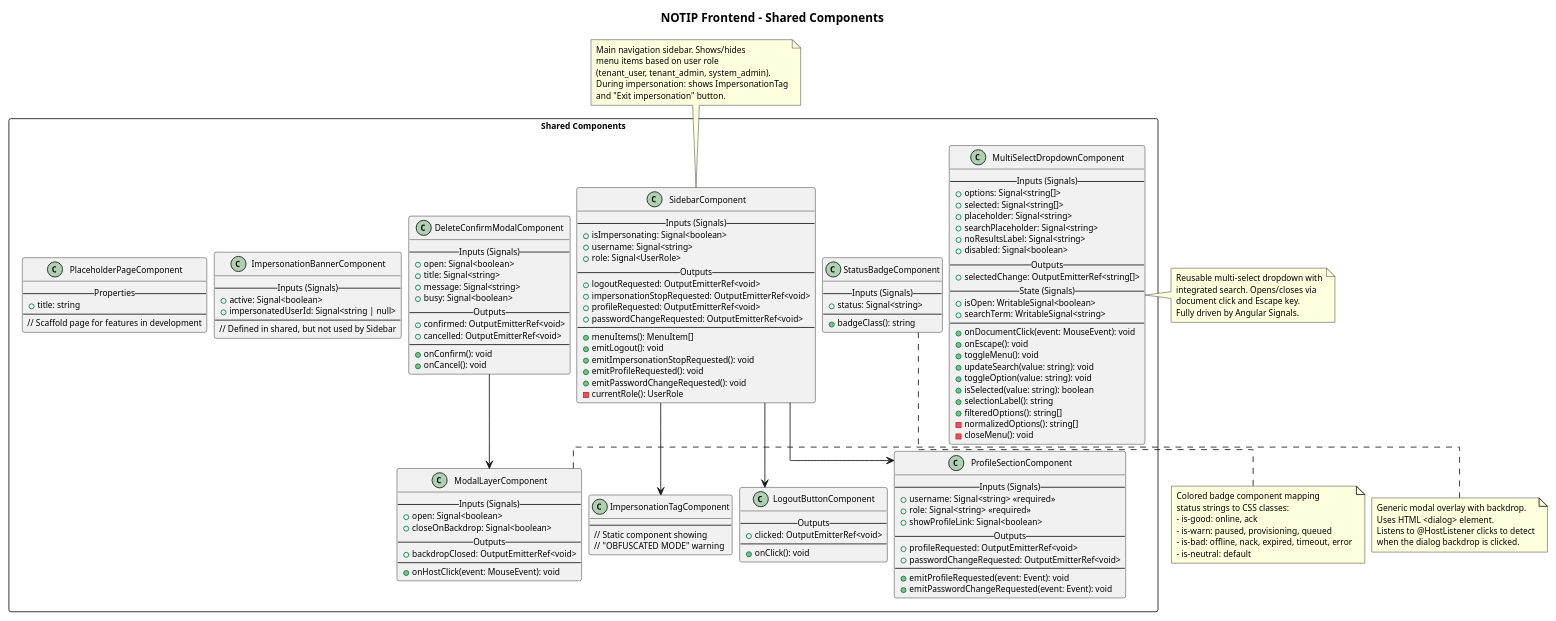
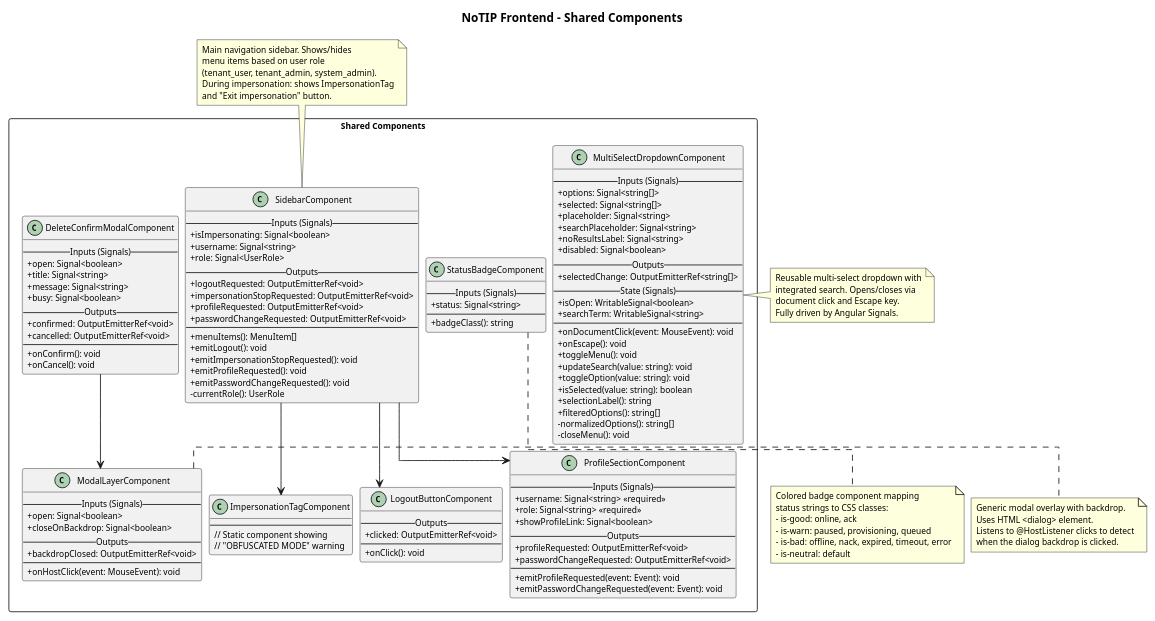
One commit to NoTIPswe/RepoDocumentale changed the diagram in docs/13-pb/docest/specifica_tecnica_frontend/assets/10-shared-components.puml. Above: the diagram before and after it, drawn with PlantUML. The commit also changed 20 other files, not shown here.

```diff
--- a/docs/13-pb/docest/specifica_tecnica_frontend/assets/10-shared-components.puml
+++ b/docs/13-pb/docest/specifica_tecnica_frontend/assets/10-shared-components.puml
@@ -1,169 +1,155 @@
 @startuml
-title NOTIP Frontend - Shared Components
+title NoTIP Frontend - Shared Components
 
 skinparam backgroundColor #FFFFFF
 skinparam defaultFontSize 10
 skinparam defaultFontColor #000000
 skinparam nodesep 8
 skinparam ranksep 8
 skinparam linetype ortho
+skinparam classAttributeIconSize 0
 
 package "Shared Components" <<Rectangle>> {
   
   class "SidebarComponent" as Sidebar {
     -- Inputs (Signals) --
     +isImpersonating: Signal<boolean>
     +username: Signal<string>
     +role: Signal<UserRole>
     -- Outputs --
     +logoutRequested: OutputEmitterRef<void>
     +impersonationStopRequested: OutputEmitterRef<void>
     +profileRequested: OutputEmitterRef<void>
     +passwordChangeRequested: OutputEmitterRef<void>
     --
     +menuItems(): MenuItem[]
     +emitLogout(): void
     +emitImpersonationStopRequested(): void
     +emitProfileRequested(): void
     +emitPasswordChangeRequested(): void
     -currentRole(): UserRole
   }
 
   class "ModalLayerComponent" as ModalLayer {
     -- Inputs (Signals) --
     +open: Signal<boolean>
     +closeOnBackdrop: Signal<boolean>
     -- Outputs --
     +backdropClosed: OutputEmitterRef<void>
     --
     +onHostClick(event: MouseEvent): void
   }
 
   class "MultiSelectDropdownComponent" as MultiSelect {
     -- Inputs (Signals) --
     +options: Signal<string[]>
     +selected: Signal<string[]>
     +placeholder: Signal<string>
     +searchPlaceholder: Signal<string>
     +noResultsLabel: Signal<string>
     +disabled: Signal<boolean>
     -- Outputs --
     +selectedChange: OutputEmitterRef<string[]>
     -- State (Signals) --
     +isOpen: WritableSignal<boolean>
     +searchTerm: WritableSignal<string>
     --
     +onDocumentClick(event: MouseEvent): void
     +onEscape(): void
     +toggleMenu(): void
     +updateSearch(value: string): void
     +toggleOption(value: string): void
     +isSelected(value: string): boolean
     +selectionLabel(): string
     +filteredOptions(): string[]
     -normalizedOptions(): string[]
     -closeMenu(): void
   }
 
   class "StatusBadgeComponent" as StatusBadge {
     -- Inputs (Signals) --
     +status: Signal<string>
     --
     +badgeClass(): string
   }
 
   class "DeleteConfirmModalComponent" as DeleteModal {
     -- Inputs (Signals) --
     +open: Signal<boolean>
     +title: Signal<string>
     +message: Signal<string>
     +busy: Signal<boolean>
     -- Outputs --
     +confirmed: OutputEmitterRef<void>
     +cancelled: OutputEmitterRef<void>
     --
     +onConfirm(): void
     +onCancel(): void
   }
 
   class "ProfileSectionComponent" as ProfileSection {
     -- Inputs (Signals) --
     +username: Signal<string> <<required>>
     +role: Signal<string> <<required>>
     +showProfileLink: Signal<boolean>
     -- Outputs --
     +profileRequested: OutputEmitterRef<void>
     +passwordChangeRequested: OutputEmitterRef<void>
     --
     +emitProfileRequested(event: Event): void
     +emitPasswordChangeRequested(event: Event): void
   }
 
   class "ImpersonationTagComponent" as ImpTag {
     --
     // Static component showing
     // "OBFUSCATED MODE" warning
   }
 
   class "LogoutButtonComponent" as LogoutBtn {
     -- Outputs --
     +clicked: OutputEmitterRef<void>
     --
     +onClick(): void
   }
 
-  class "ImpersonationBannerComponent" as ImpBanner {
-    -- Inputs (Signals) --
-    +active: Signal<boolean>
-    +impersonatedUserId: Signal<string | null>
-    --
-    // Defined in shared, but not used by Sidebar
-  }
-
-  class "PlaceholderPageComponent" as PlaceholderPage {
-    -- Properties --
-    +title: string
-    --
-    // Scaffold page for features in development
-  }
-
   ' Usage relationships derived from imports
   Sidebar --> ImpTag
   Sidebar --> ProfileSection
   Sidebar --> LogoutBtn
 
   DeleteModal --> ModalLayer
 }
 
 note top of Sidebar
   Main navigation sidebar. Shows/hides
   menu items based on user role 
   (tenant_user, tenant_admin, system_admin).
   During impersonation: shows ImpersonationTag
   and "Exit impersonation" button.
 end note
 
 note right of ModalLayer
   Generic modal overlay with backdrop.
   Uses HTML <dialog> element.
   Listens to @HostListener clicks to detect
   when the dialog backdrop is clicked.
 end note
 
 note left of MultiSelect
   Reusable multi-select dropdown with
   integrated search. Opens/closes via
   document click and Escape key.
   Fully driven by Angular Signals.
 end note
 
 note bottom of StatusBadge
   Colored badge component mapping
   status strings to CSS classes:
   - is-good: online, ack
   - is-warn: paused, provisioning, queued
   - is-bad: offline, nack, expired, timeout, error
   - is-neutral: default
 end note
 
 @enduml
```
